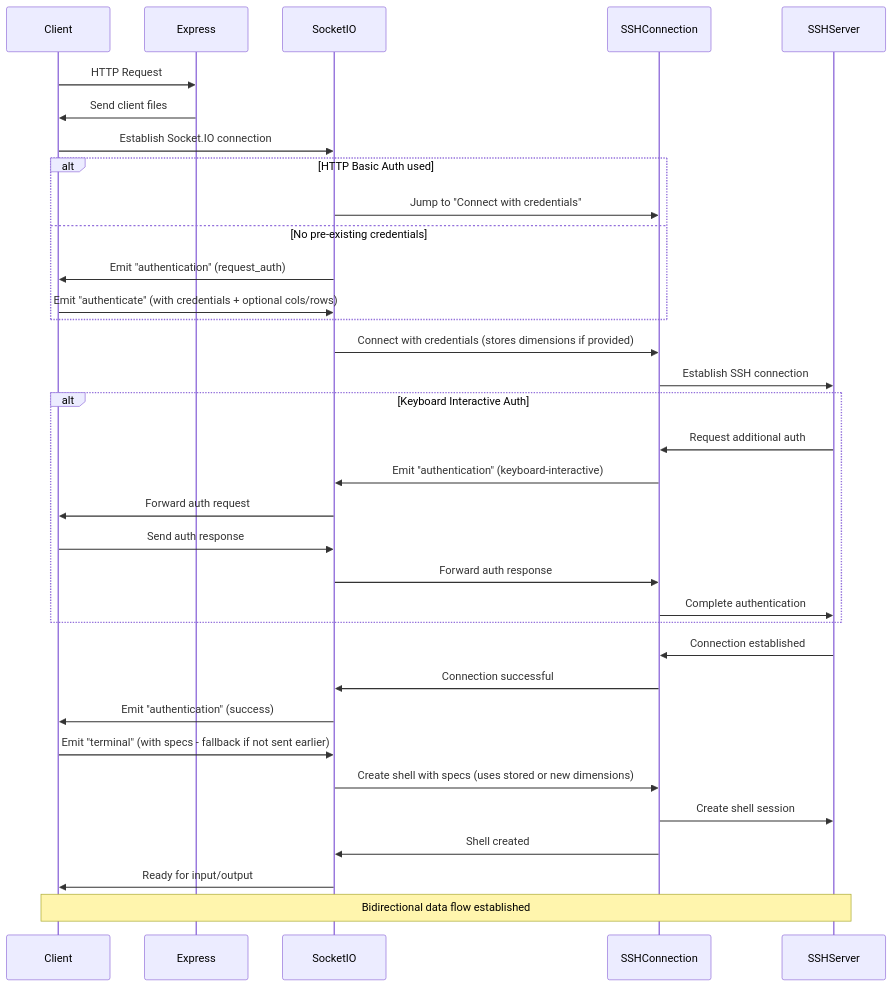
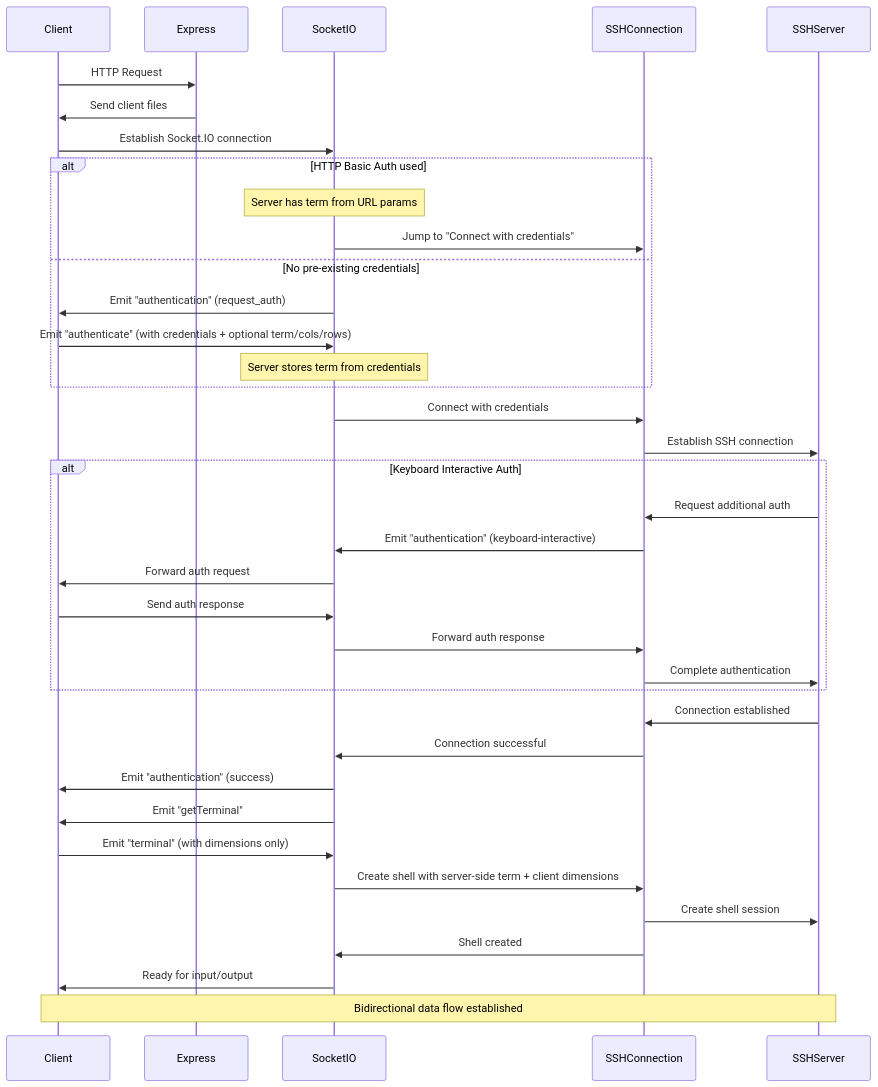
One commit to billchurch/webssh2 changed the diagram in DOCS/FLOWS.md. Above: the diagram before and after it, drawn with Mermaid. The commit also changed 8 other files, not shown here.

First line of the commit message:
refactor: implement server-only terminal management architecture

````diff
--- a/DOCS/FLOWS.md
+++ b/DOCS/FLOWS.md
@@ -3,37 +3,40 @@
 ```mermaid
 sequenceDiagram
     participant Client
     participant Express
     participant SocketIO
     participant SSHConnection
     participant SSHServer
 
     Client->>Express: HTTP Request
     Express->>Client: Send client files
     Client->>SocketIO: Establish Socket.IO connection
     alt HTTP Basic Auth used
+        Note over SocketIO: Server has term from URL params
         SocketIO->>SSHConnection: Jump to "Connect with credentials"
     else No pre-existing credentials
         SocketIO->>Client: Emit "authentication" (request_auth)
-        Client->>SocketIO: Emit "authenticate" (with credentials + optional cols/rows)
+        Client->>SocketIO: Emit "authenticate" (with credentials + optional term/cols/rows)
+        Note over SocketIO: Server stores term from credentials
     end
-    SocketIO->>SSHConnection: Connect with credentials (stores dimensions if provided)
+    SocketIO->>SSHConnection: Connect with credentials
     SSHConnection->>SSHServer: Establish SSH connection
     alt Keyboard Interactive Auth
         SSHServer->>SSHConnection: Request additional auth
         SSHConnection->>SocketIO: Emit "authentication" (keyboard-interactive)
         SocketIO->>Client: Forward auth request
         Client->>SocketIO: Send auth response
         SocketIO->>SSHConnection: Forward auth response
         SSHConnection->>SSHServer: Complete authentication
     end
     SSHServer->>SSHConnection: Connection established
     SSHConnection->>SocketIO: Connection successful
     SocketIO->>Client: Emit "authentication" (success)
-    Client->>SocketIO: Emit "terminal" (with specs - fallback if not sent earlier)
-    SocketIO->>SSHConnection: Create shell with specs (uses stored or new dimensions)
+    SocketIO->>Client: Emit "getTerminal"
+    Client->>SocketIO: Emit "terminal" (with dimensions only)
+    SocketIO->>SSHConnection: Create shell with server-side term + client dimensions
     SSHConnection->>SSHServer: Create shell session
     SSHConnection->>SocketIO: Shell created
     SocketIO->>Client: Ready for input/output
     Note over Client,SSHServer: Bidirectional data flow established
 ```
````
